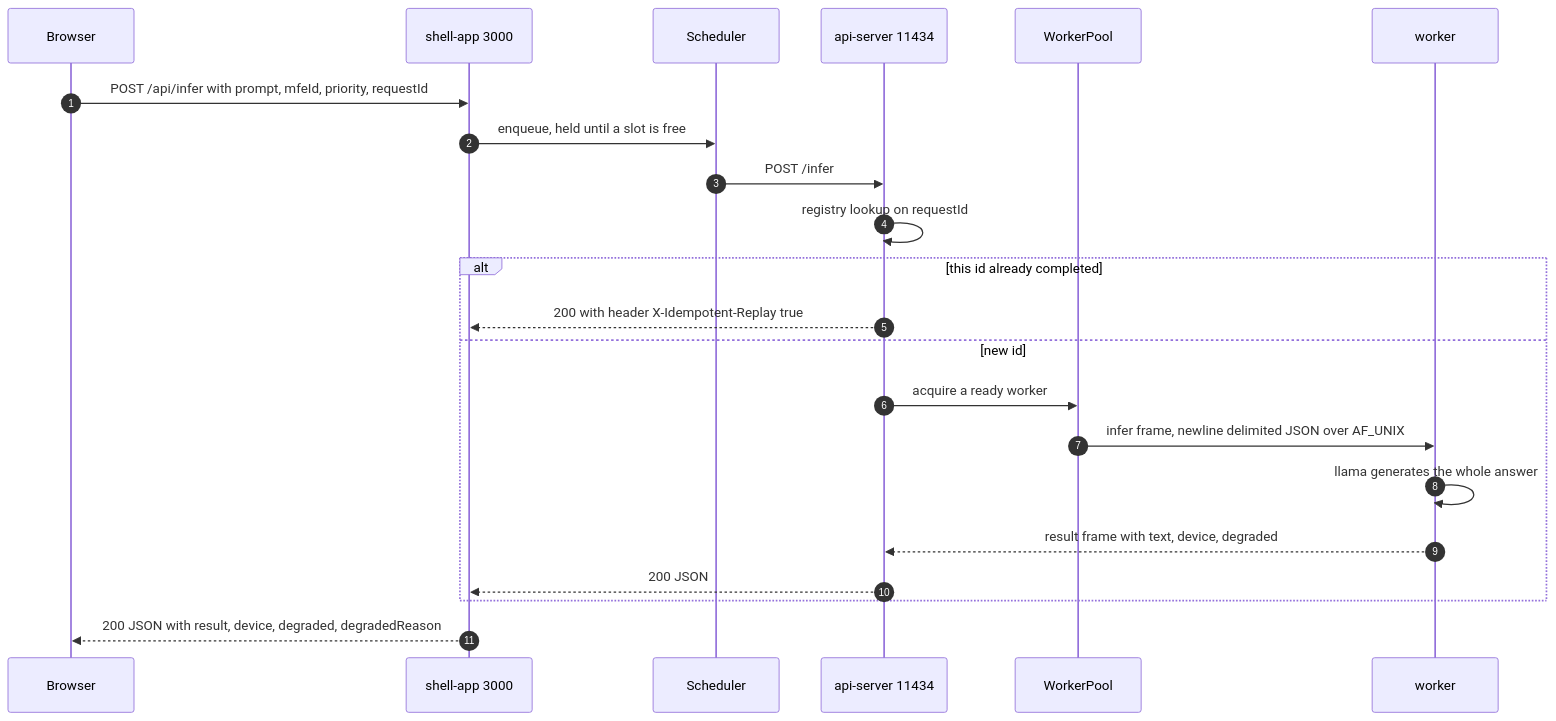
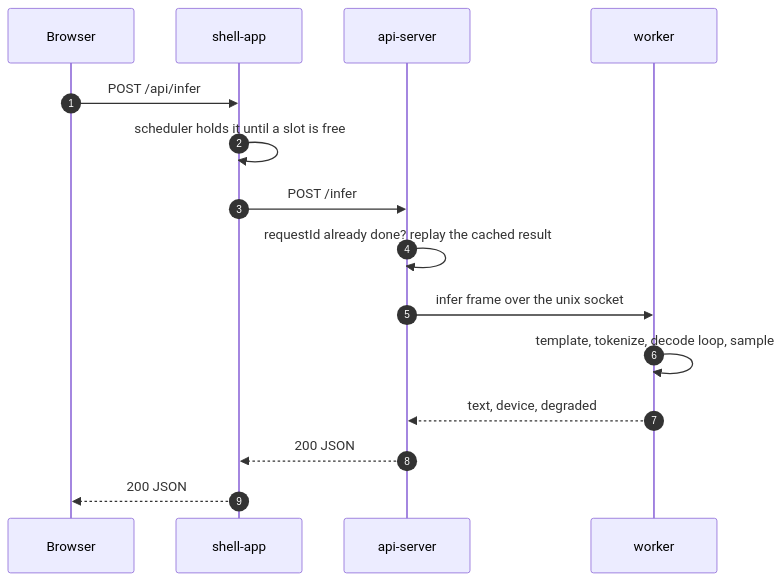
The fourth of 9 diagrams in README.md (prawesh-12/serveInfer), drawn with Mermaid before and after one commit. The commit also changed other lines of this file and 11 other files, not shown here.

Commit message:
docs: add architecture and sequence diagrams to the README

````diff
--- a/README.md
+++ b/README.md
@@ -241,24 +302,17 @@
 ```mermaid
 sequenceDiagram
     autonumber
     participant B as Browser
-    participant S as shell-app 3000
-    participant Q as Scheduler
-    participant A as api-server 11434
-    participant P as WorkerPool
+    participant S as shell-app
+    participant A as api-server
     participant W as worker
-    B->>S: POST /api/infer with prompt, mfeId, priority, requestId
-    S->>Q: enqueue, held until a slot is free
-    Q->>A: POST /infer
-    A->>A: registry lookup on requestId
-    alt this id already completed
-        A-->>S: 200 with header X-Idempotent-Replay true
-    else new id
-        A->>P: acquire a ready worker
-        P->>W: infer frame, newline delimited JSON over AF_UNIX
-        W->>W: llama generates the whole answer
-        W-->>A: result frame with text, device, degraded
-        A-->>S: 200 JSON
-    end
-    S-->>B: 200 JSON with result, device, degraded, degradedReason
+    B->>S: POST /api/infer
+    S->>S: scheduler holds it until a slot is free
+    S->>A: POST /infer
+    A->>A: requestId already done? replay the cached result
+    A->>W: infer frame over the unix socket
+    W->>W: template, tokenize, decode loop, sample
+    W-->>A: text, device, degraded
+    A-->>S: 200 JSON
+    S-->>B: 200 JSON
 ```
````
